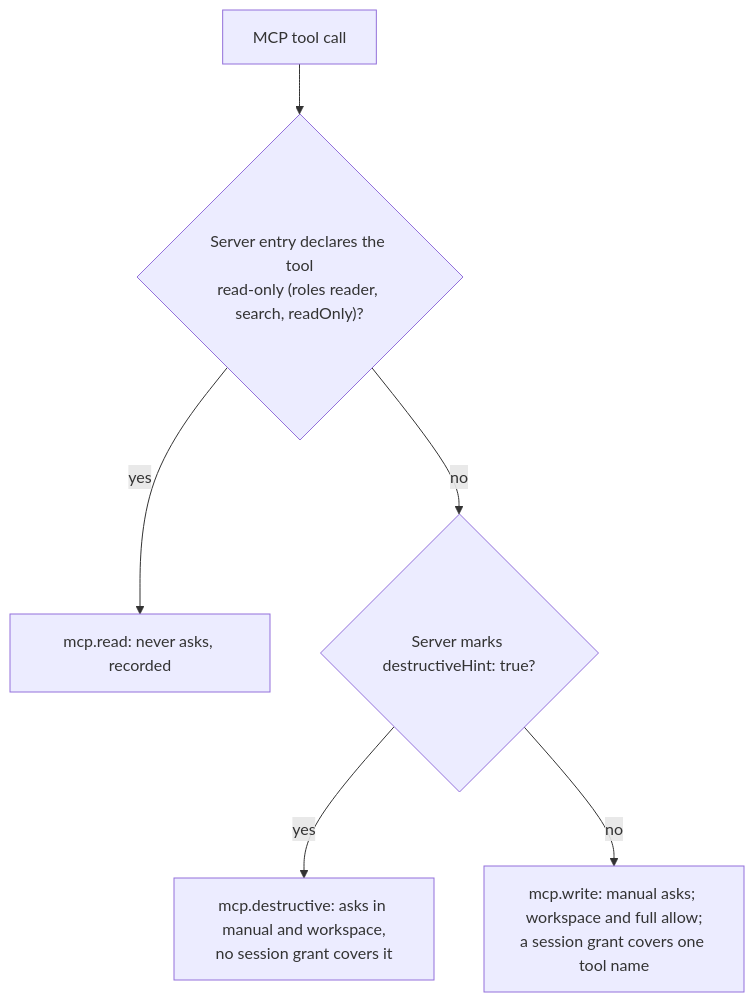
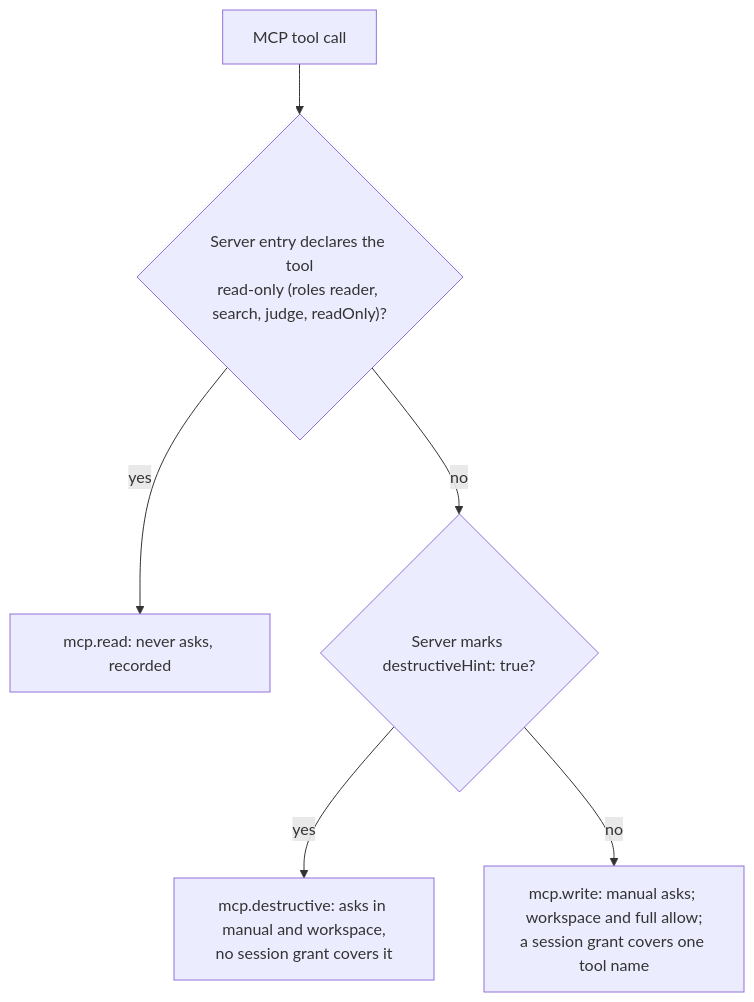
One commit to bgauryy/octocode-coding-agent changed the fourth of 6 diagrams in packages/coding-agent/docs/permissions.md. Above: the diagram before and after it, drawn with Mermaid. The commit also changed 676 other files, not shown here.

````diff
--- a/packages/coding-agent/docs/permissions.md
+++ b/packages/coding-agent/docs/permissions.md
@@ -172,8 +172,8 @@
 ```mermaid
 flowchart TD
-    C["MCP tool call"] --> R{"Server entry declares the tool<br/>read-only (roles reader, search, readOnly)?"}
+    C["MCP tool call"] --> R{"Server entry declares the tool<br/>read-only (roles reader, search, judge, readOnly)?"}
     R -->|yes| Read["mcp.read: never asks, recorded"]
     R -->|no| H{"Server marks destructiveHint: true?"}
     H -->|yes| Des["mcp.destructive: asks in manual and workspace,<br/>no session grant covers it"]
     H -->|no| W["mcp.write: manual asks; workspace and full allow;<br/>a session grant covers one tool name"]
 ```
````
